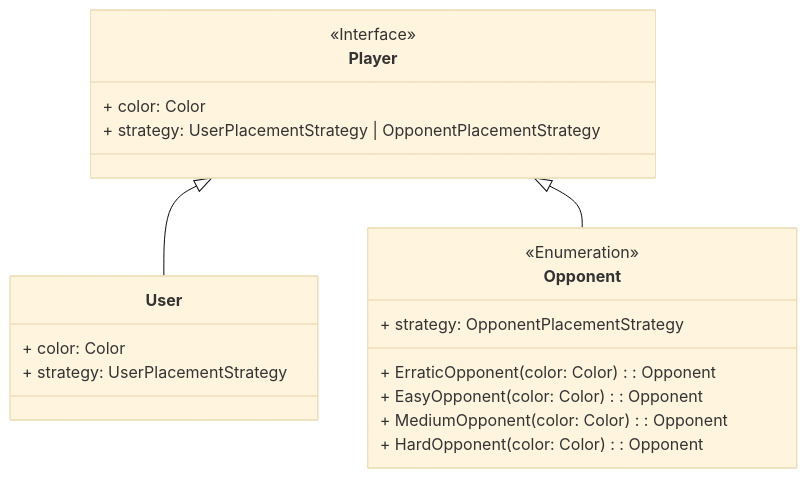
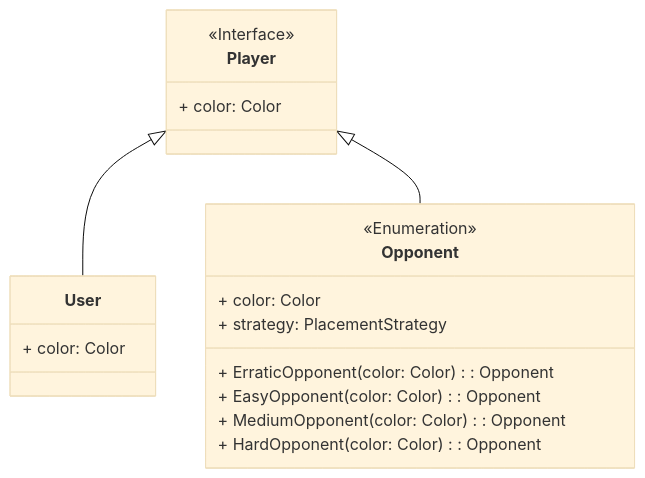
Before and after one commit to Borgotto/PPS-25-scalatello: the second of 11 diagrams in docs/report/4-detailed-design.md, drawn with Mermaid (base theme). The commit also changed other lines of this file, not shown here.

Commit message:
Update my section of detailed design about SaveManager, Strategy and Player

````diff
--- a/docs/report/4-detailed-design.md
+++ b/docs/report/4-detailed-design.md
@@ -43,21 +43,20 @@
 ```mermaid
 classDiagram
     class Player <<Interface>> {
         + color: Color
-        + strategy: UserPlacementStrategy | OpponentPlacementStrategy
     }
     class User {
         + color: Color
-        + strategy: UserPlacementStrategy
     }
     class Opponent <<Enumeration>> {
-        + strategy: OpponentPlacementStrategy
+        + color: Color
+        + strategy: PlacementStrategy
         + ErraticOpponent(color: Color): Opponent
         + EasyOpponent(color: Color): Opponent
         + MediumOpponent(color: Color): Opponent
         + HardOpponent(color: Color): Opponent
     }
 
     Player <|-- User
     Player <|-- Opponent
 ```
````
